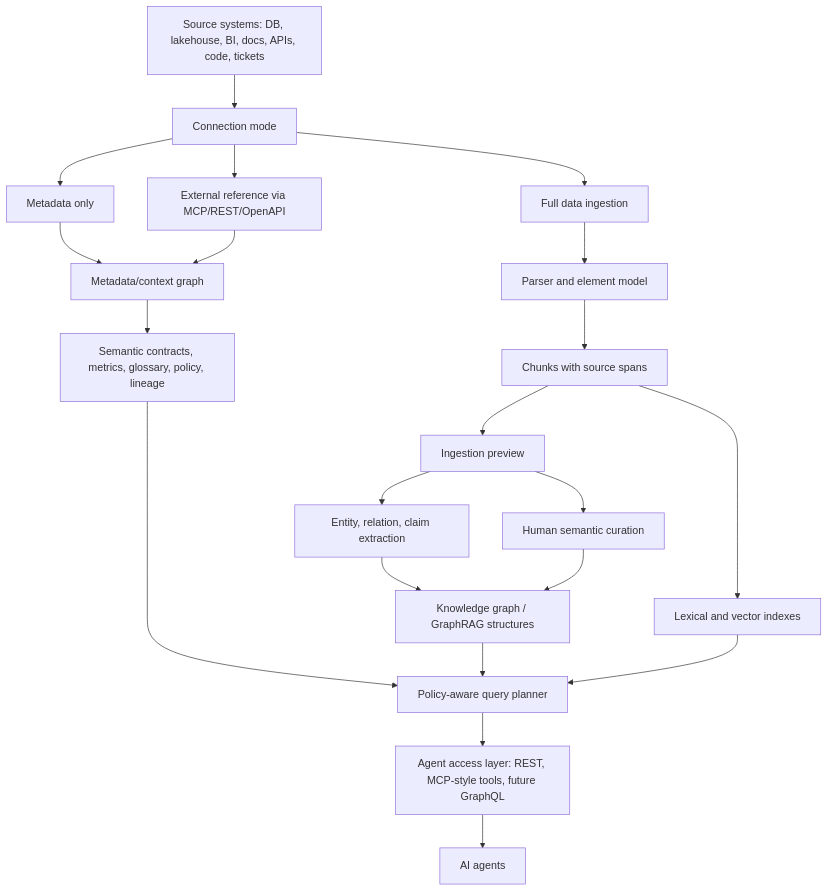
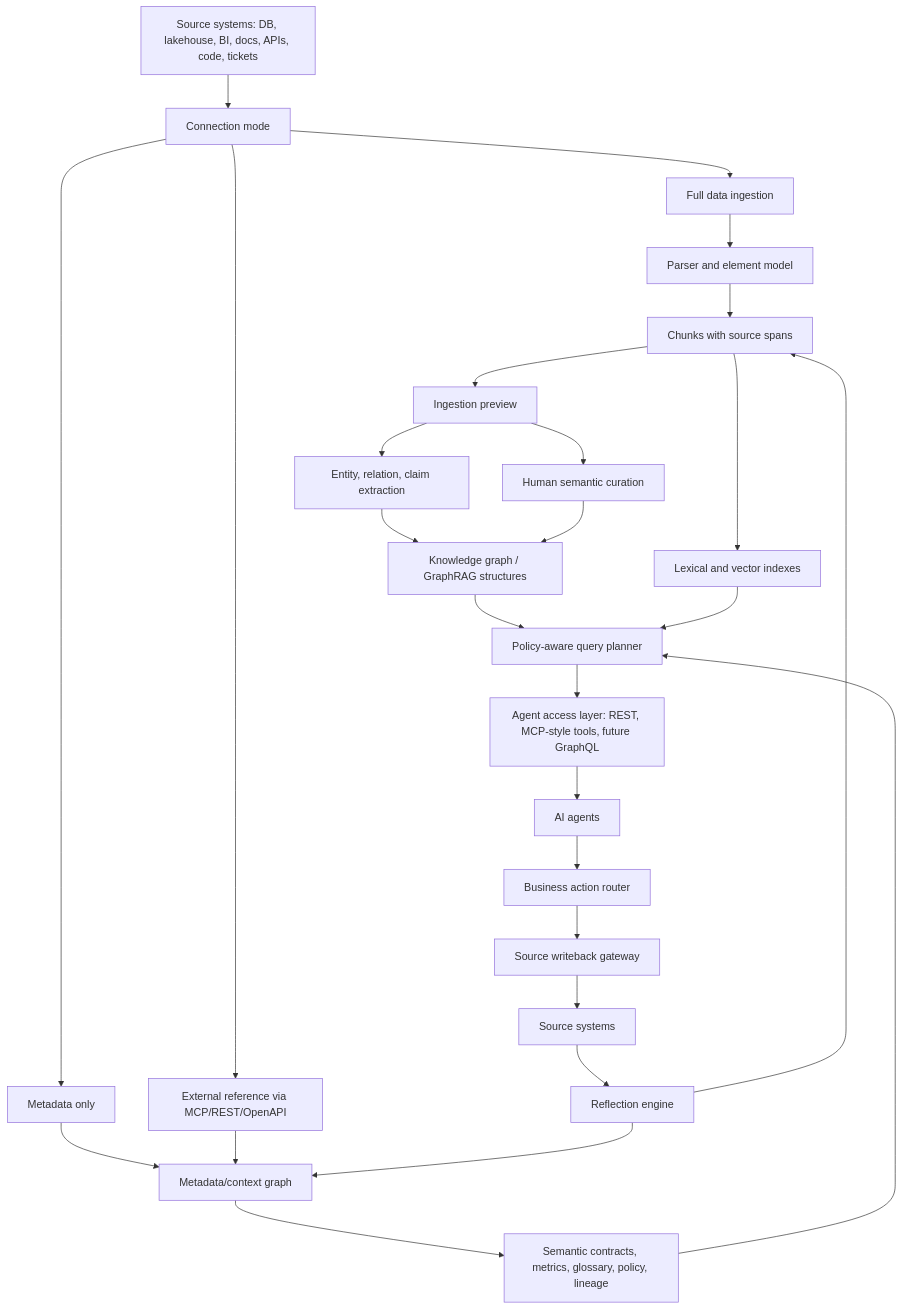
Before and after one commit to aantenore/semantic-junkyard: the diagram in docs/architecture.md, drawn with Mermaid. The commit also changed other lines of this file and 25 other files, not shown here.

Commit message:
Add business action writeback loop

````diff
--- a/docs/architecture.md
+++ b/docs/architecture.md
@@ -7,23 +7,29 @@
 ```mermaid
 flowchart TB
   A["Source systems: DB, lakehouse, BI, docs, APIs, code, tickets"] --> B["Connection mode"]
   B --> B1["Full data ingestion"]
   B --> B2["Metadata only"]
   B --> B3["External reference via MCP/REST/OpenAPI"]
   B1 --> C["Parser and element model"]
   B2 --> D["Metadata/context graph"]
   B3 --> D
   C --> E["Chunks with source spans"]
   E --> P["Ingestion preview"]
   P --> F["Entity, relation, claim extraction"]
   P --> Q["Human semantic curation"]
   D --> G["Semantic contracts, metrics, glossary, policy, lineage"]
   F --> H["Knowledge graph / GraphRAG structures"]
   Q --> H
   E --> I["Lexical and vector indexes"]
   G --> J["Policy-aware query planner"]
   H --> J
   I --> J
   J --> K["Agent access layer: REST, MCP-style tools, future GraphQL"]
   K --> L["AI agents"]
+  L --> M["Business action router"]
+  M --> N["Source writeback gateway"]
+  N --> O["Source systems"]
+  O --> R["Reflection engine"]
+  R --> D
+  R --> E
 ```
````
